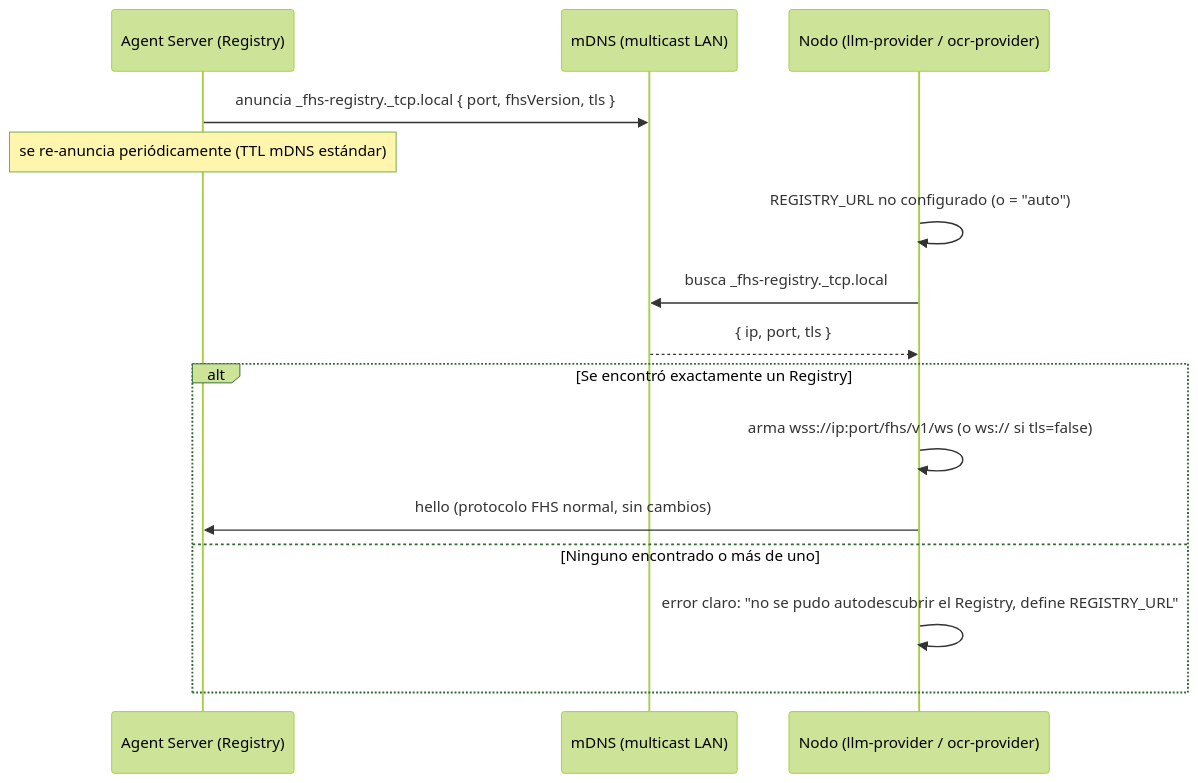
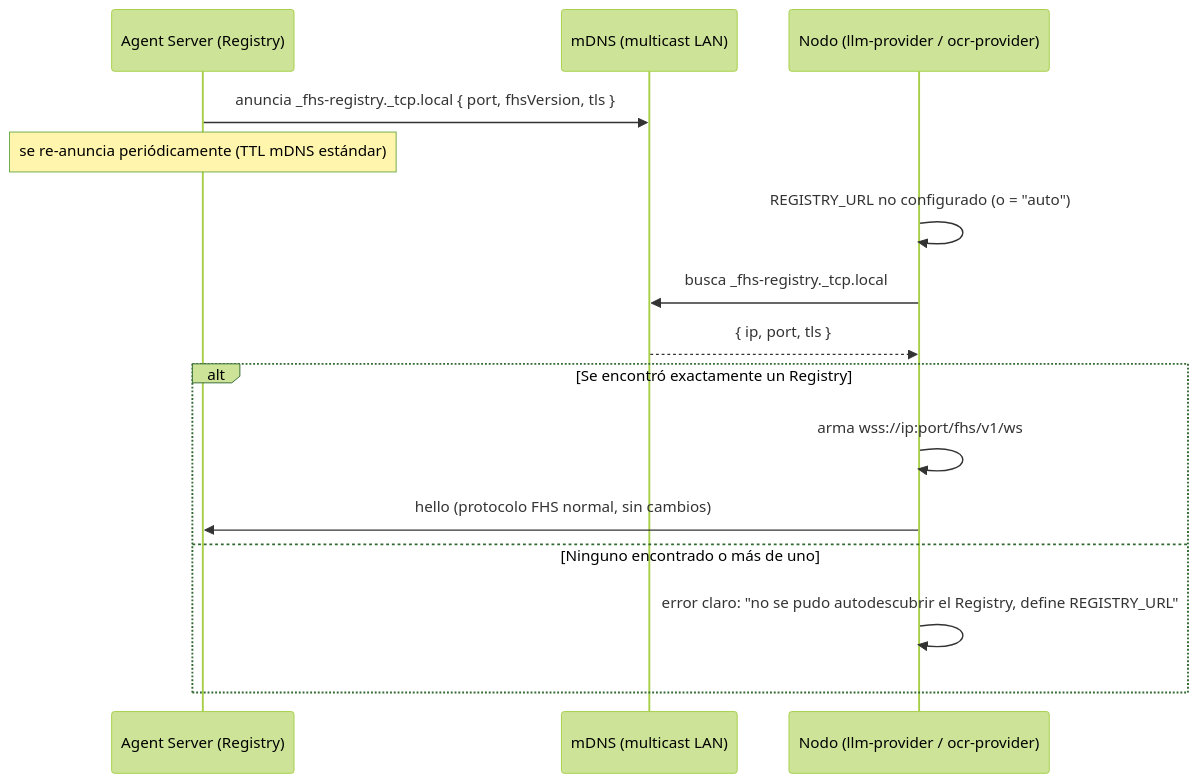
Before and after one commit to rafex/galaxIA: the diagram in spec-native/specs/p2p-discovery/SPEC.md, drawn with Mermaid (forest theme). The commit also changed 13 other files, not shown here.

First line of the commit message:
chore(protocol): mandar WSS obligatorio en todo el protocolo FHS

````diff
--- a/spec-native/specs/p2p-discovery/SPEC.md
+++ b/spec-native/specs/p2p-discovery/SPEC.md
@@ -141,20 +141,20 @@
 ```mermaid
 sequenceDiagram
     participant AS as Agent Server (Registry)
     participant MDNS as mDNS (multicast LAN)
     participant SAT as Nodo (llm-provider / ocr-provider)
 
     AS->>MDNS: anuncia _fhs-registry._tcp.local { port, fhsVersion, tls }
     Note over AS: se re-anuncia periódicamente (TTL mDNS estándar)
 
     SAT->>SAT: REGISTRY_URL no configurado (o = "auto")
     SAT->>MDNS: busca _fhs-registry._tcp.local
     MDNS-->>SAT: { ip, port, tls }
 
     alt Se encontró exactamente un Registry
-        SAT->>SAT: arma wss://ip:port/fhs/v1/ws (o ws:// si tls=false)
+        SAT->>SAT: arma wss://ip:port/fhs/v1/ws
         SAT->>AS: hello (protocolo FHS normal, sin cambios)
     else Ninguno encontrado o más de uno
         SAT->>SAT: error claro: "no se pudo autodescubrir el Registry, define REGISTRY_URL"
     end
 ```
````
